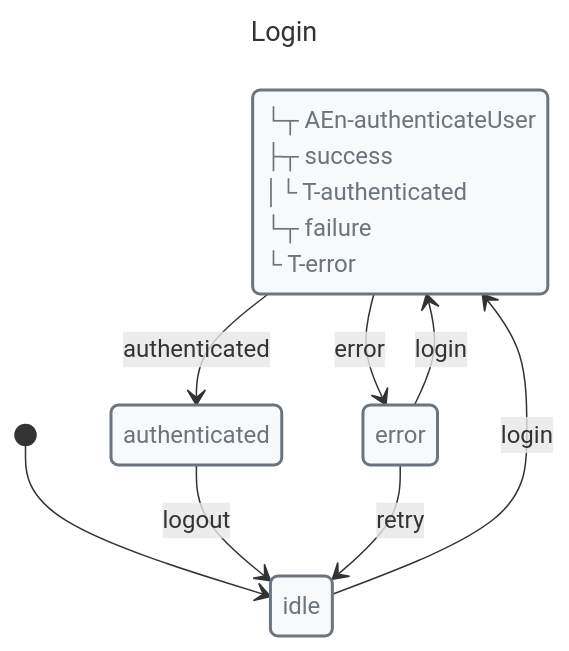
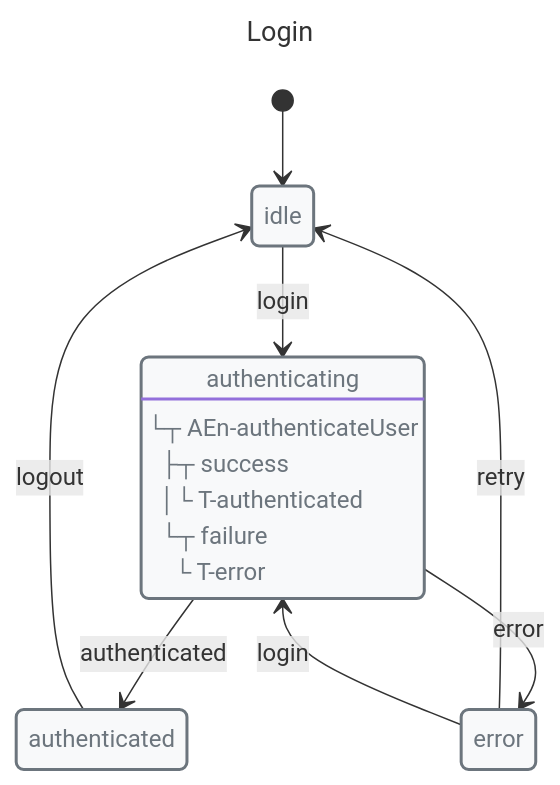
One commit to Masquerade-Circus/x-robot changed the first of 2 diagrams in docs/recipes/login-flow.md. Above: the diagram before and after it, drawn with Mermaid. The commit also changed other lines of this file and 123 other files, not shown here.

Commit message:
refactor: improve mermaid code

````diff
--- a/docs/recipes/login-flow.md
+++ b/docs/recipes/login-flow.md
@@ -11,33 +11,34 @@
 ```mermaid
 ---
 title: Login
 ---
 
 stateDiagram-v2
+direction TB
 
 classDef danger fill:#f8d7da,stroke:#721c24,stroke-width:2px,text-align:left,color:#721c24
 classDef warning fill:#fff3cd,stroke:#856404,stroke-width:2px,text-align:left,color:#856404
 classDef success fill:#d4edda,stroke:#155724,stroke-width:2px,text-align:left,color:#155724
 classDef primary fill:#cce5ff,stroke:#004085,stroke-width:2px,text-align:left,color:#004085
 classDef info fill:#d1ecf1,stroke:#0c5460,stroke-width:2px,text-align:left,color:#0c5460
 classDef def fill:#f8f9fa,stroke:#6c757d,stroke-width:2px,text-align:left,color:#6c757d
 
-state idle
-state authenticating
-state authenticated
-state error
+state "idle" as idle
+state "authenticating" as authenticating
+state "authenticated" as authenticated
+state "error" as error
 class idle def
 class authenticating def
 class authenticated def
 class error def
 
-authenticating: └┬ AEn-authenticateUser<br> ├┬ success<br> │└ T-authenticated<br> └┬ failure<br>  └ T-error
+authenticating: └┬ AEn-authenticateUser<br> ├┬ success<br> │└ T-authenticated<br> └┬ failure<br>  └ T-error
 
 [*] --> idle
 idle --> authenticating: login
 authenticating --> authenticated: authenticated
 authenticating --> error: error
 authenticated --> idle: logout
 error --> idle: retry
 error --> authenticating: login
 ```
````
